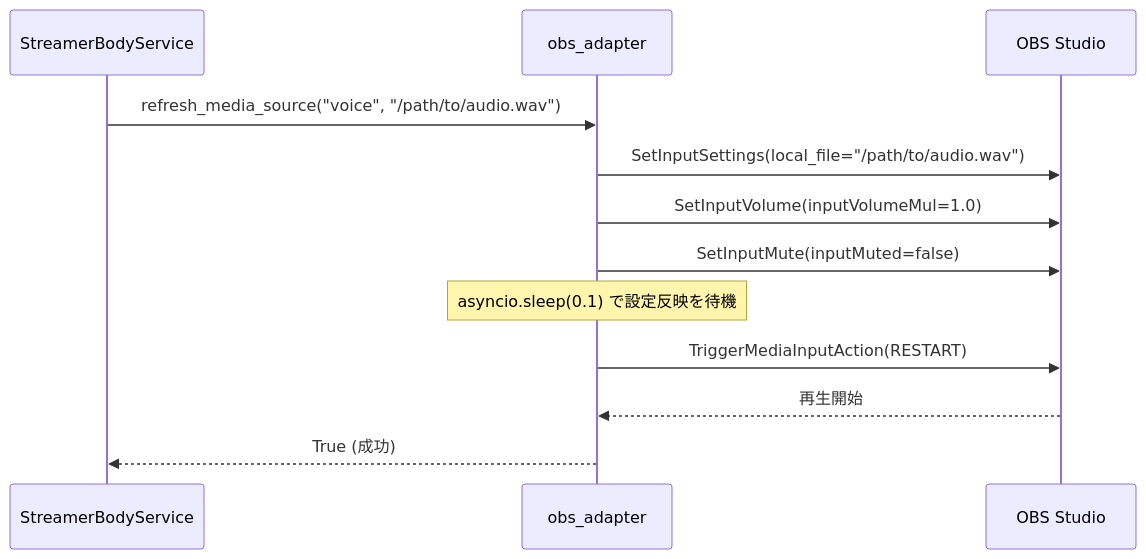
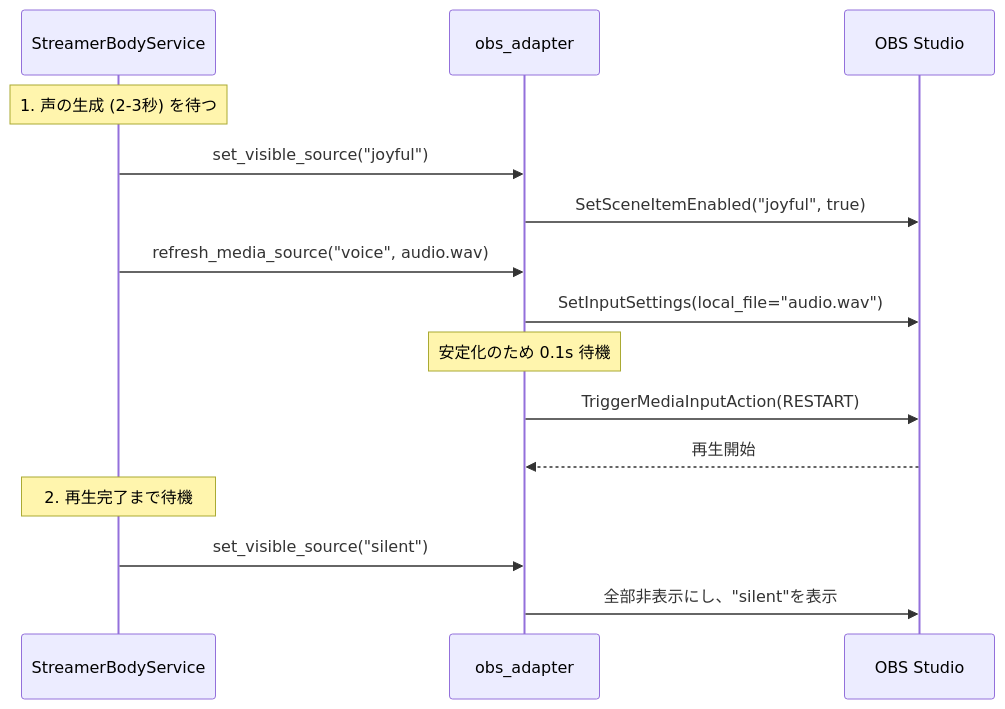
Before and after one commit to koduki/ai-tuber: the first of 2 diagrams in docs/components/body/streamer/obs.md, drawn with Mermaid. The commit also changed other lines of this file and 2 other files, not shown here.

Commit message:
docs: update streamer and obs documentation for new lip-sync and broadcast logic

````diff
--- a/docs/components/body/streamer/obs.md
+++ b/docs/components/body/streamer/obs.md
@@ -97,15 +97,18 @@
 ```mermaid
 sequenceDiagram
     participant S as StreamerBodyService
     participant A as obs_adapter
     participant O as OBS Studio
 
-    S->>A: refresh_media_source("voice", "/path/to/audio.wav")
-    A->>O: SetInputSettings(local_file="/path/to/audio.wav")
-    A->>O: SetInputVolume(inputVolumeMul=1.0)
-    A->>O: SetInputMute(inputMuted=false)
-    Note over A: asyncio.sleep(0.1) で設定反映を待機
+    Note over S: 1. 声の生成 (2-3秒) を待つ
+    S->>A: set_visible_source("joyful")
+    A->>O: SetSceneItemEnabled("joyful", true)
+    S->>A: refresh_media_source("voice", audio.wav)
+    A->>O: SetInputSettings(local_file="audio.wav")
+    Note over A: 安定化のため 0.1s 待機
     A->>O: TriggerMediaInputAction(RESTART)
     O-->>A: 再生開始
-    A-->>S: True (成功)
+    Note over S: 2. 再生完了まで待機
+    S->>A: set_visible_source("silent")
+    A->>O: 全部非表示にし、"silent"を表示
 ```
````
